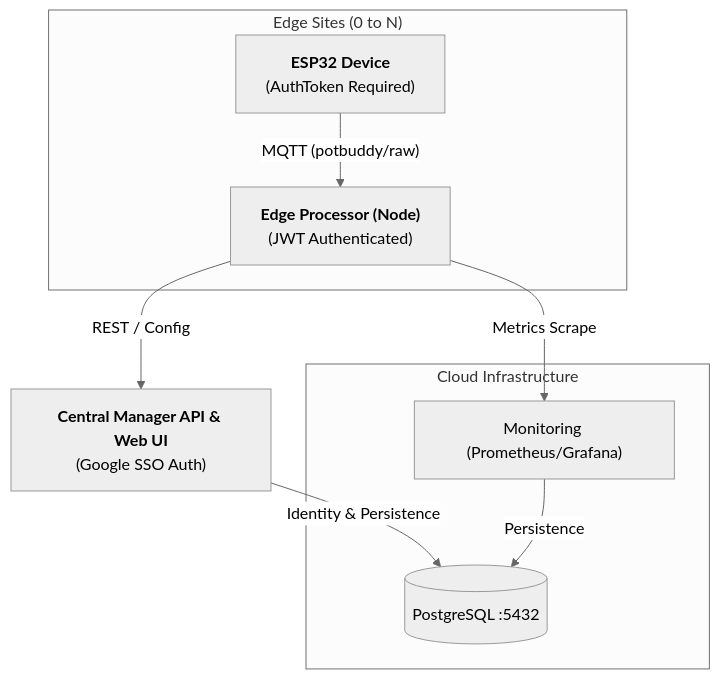
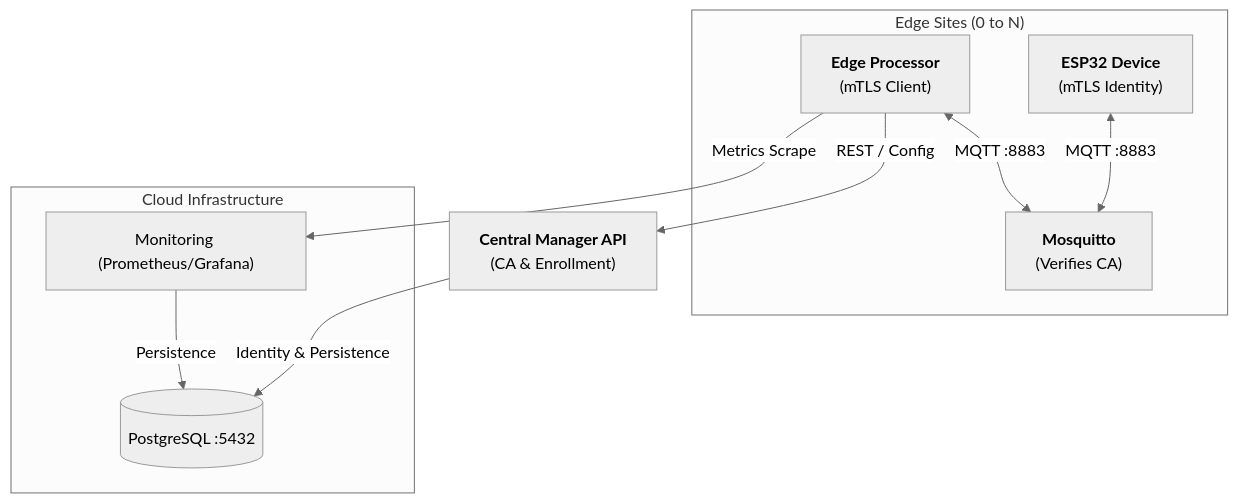
One commit to PEEMAI2004/CPE475 changed the first of 2 diagrams in Project/readme.md. Above: the diagram before and after it, drawn with Mermaid (neutral theme). The commit also changed other lines of this file and 14 other files, not shown here.

Commit message:
feat: implement mTLS infrastructure with CA-based device enrollment and secure MQTT communication

````diff
--- a/Project/readme.md
+++ b/Project/readme.md
@@ -24,17 +24,18 @@
 ```mermaid
 graph TD
     subgraph "Edge Sites (0 to N)"
-        ESP32["<b>ESP32 Device</b><br/>(AuthToken Required)"] -- "MQTT (potbuddy/raw)" --> Node["<b>Edge Processor (Node)</b><br/>(JWT Authenticated)"]
+        ESP32["<b>ESP32 Device</b><br/>(mTLS Identity)"] <-->|MQTT :8883| Broker["<b>Mosquitto</b><br/>(Verifies CA)"]
+        Node["<b>Edge Processor</b><br/>(mTLS Client)"] <-->|MQTT :8883| Broker
     end
 
-    Node -- "REST / Config" --> Manager["<b>Central Manager API & Web UI</b><br/>(Google SSO Auth)"]
+    Node -- "REST / Config" --> Manager["<b>Central Manager API</b><br/>(CA & Enrollment)"]
     
     subgraph "Cloud Infrastructure"
         DB[(PostgreSQL :5432)]
         Vis["Monitoring (Prometheus/Grafana)"]
     end
 
     Manager -- "Identity & Persistence" --> DB
     Node -- "Metrics Scrape" --> Vis
     Vis -- "Persistence" --> DB
 ```
````
